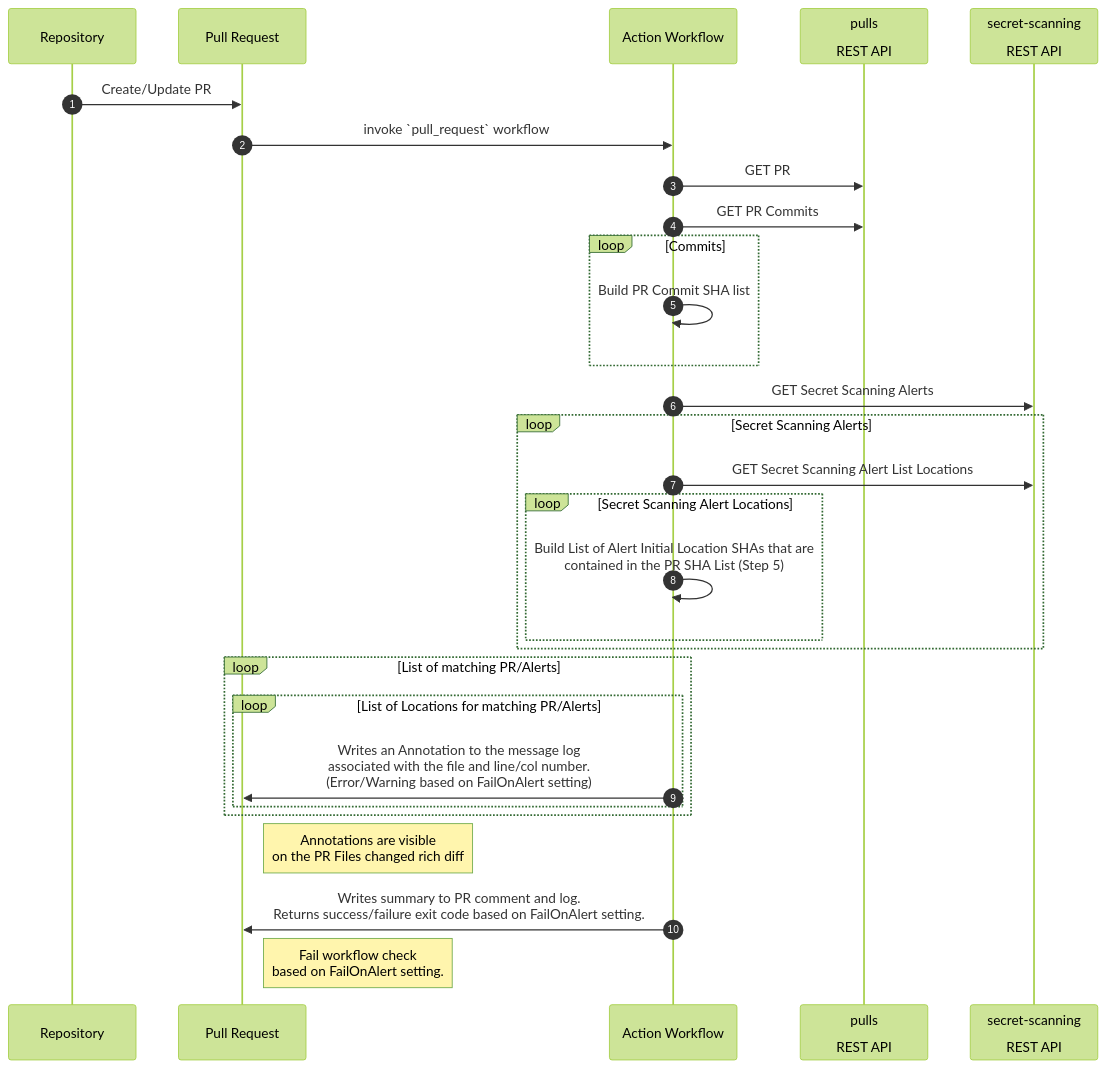
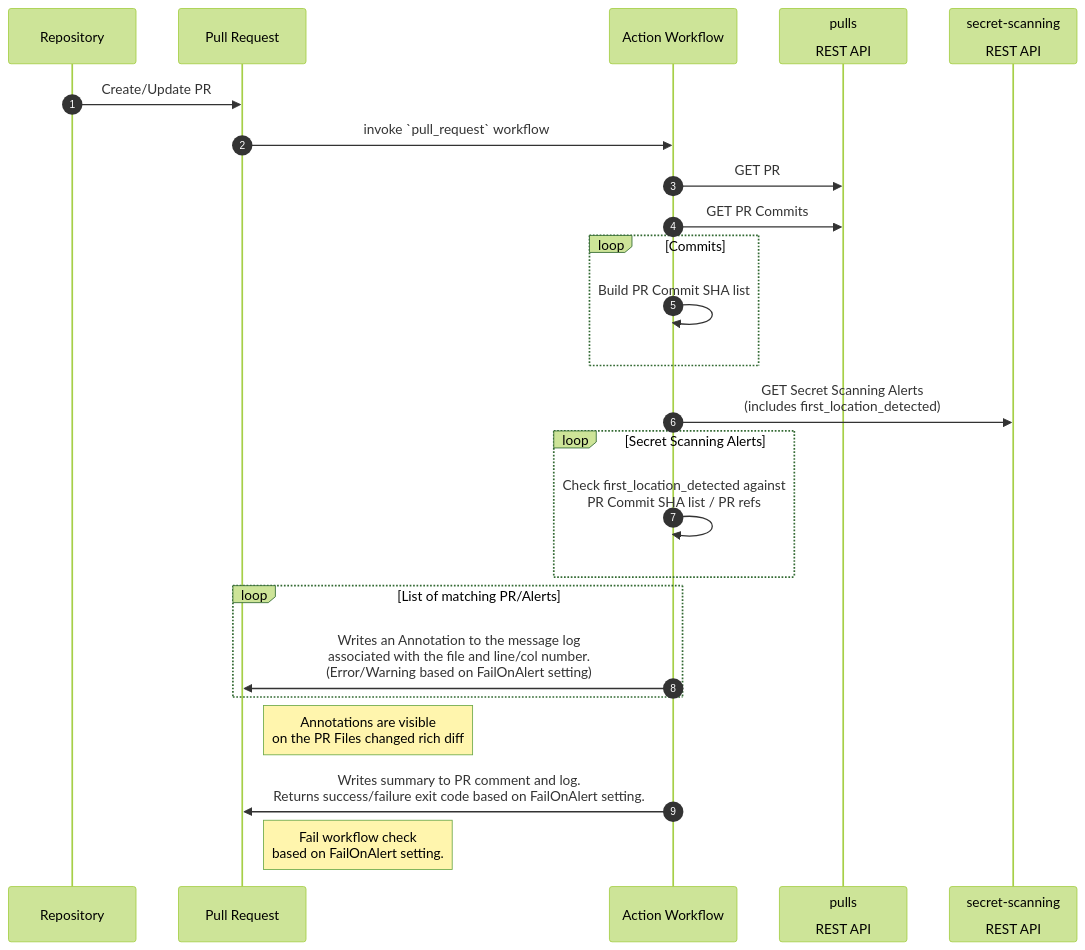
The diagram in README.md (advanced-security/secret-scanning-review-action), drawn with Mermaid (forest theme) before and after one commit. The commit also changed other lines of this file and 2 other files, not shown here.

Commit message:
feat: use first_location_detected to avoid per-alert locations API calls
Agent-Logs-Url: https://github.com/advanced-security/secret-scanning-review-action/sessions/67a240a0-d0ab-46f2-90aa-d2897358261a

````diff
--- a/README.md
+++ b/README.md
@@ -240,39 +240,34 @@
 ```mermaid
 sequenceDiagram
     autonumber
     participant Repo as Repository
     participant PR as Pull Request
     participant Action as Action Workflow
     participant API_PR as pulls<br/><br/>REST API
     participant API_SECRET as secret-scanning<br/><br/> REST API
 
     Repo->>PR: Create/Update PR
     PR->>Action: invoke `pull_request` workflow
     Action->>API_PR: GET PR
     Action->>API_PR: GET PR Commits
 
     loop Commits
         Action->>Action: Build PR Commit SHA list
     end
 
-    Action->>API_SECRET: GET Secret Scanning Alerts
+    Action->>API_SECRET: GET Secret Scanning Alerts<br/>(includes first_location_detected)
 
     loop Secret Scanning Alerts
-        Action->>API_SECRET: GET Secret Scanning Alert List Locations
-        loop Secret Scanning Alert Locations
-        Action->>Action:Build List of Alert Initial Location SHAs that are<br/>contained in the PR SHA List (Step 5)
-        end
+        Action->>Action: Check first_location_detected against<br/>PR Commit SHA list / PR refs
     end
 
     loop List of matching PR/Alerts
-      loop List of Locations for matching PR/Alerts
         Action->>PR:Writes an Annotation to the message log<br/>associated with the file and line/col number.<br/>(Error/Warning based on FailOnAlert setting)
-      end
     end
 
     Note right of PR: Annotations are visible<br/>on the PR Files changed rich diff
 
     Action->>PR:Writes summary to PR comment and log.<br/>Returns success/failure exit code based on FailOnAlert setting.
 
     Note right of PR: Fail workflow check<br/>based on FailOnAlert setting.
 ```
````
